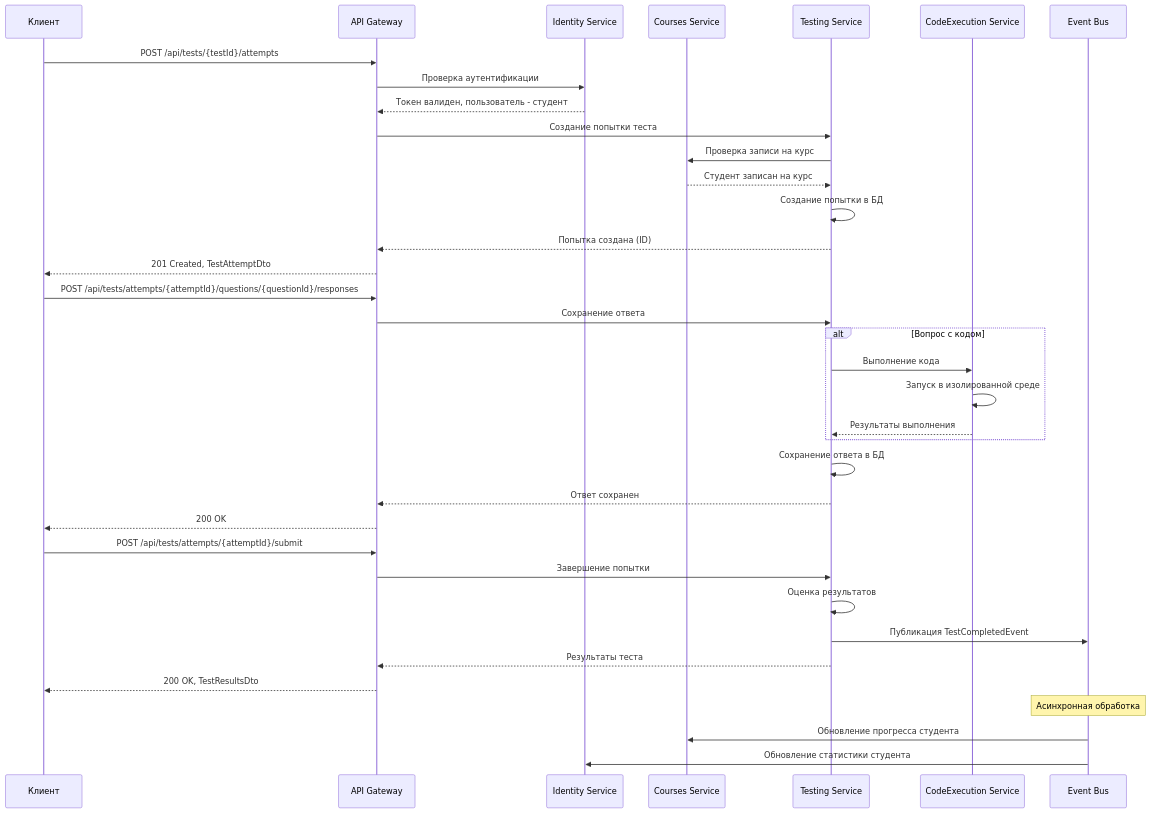
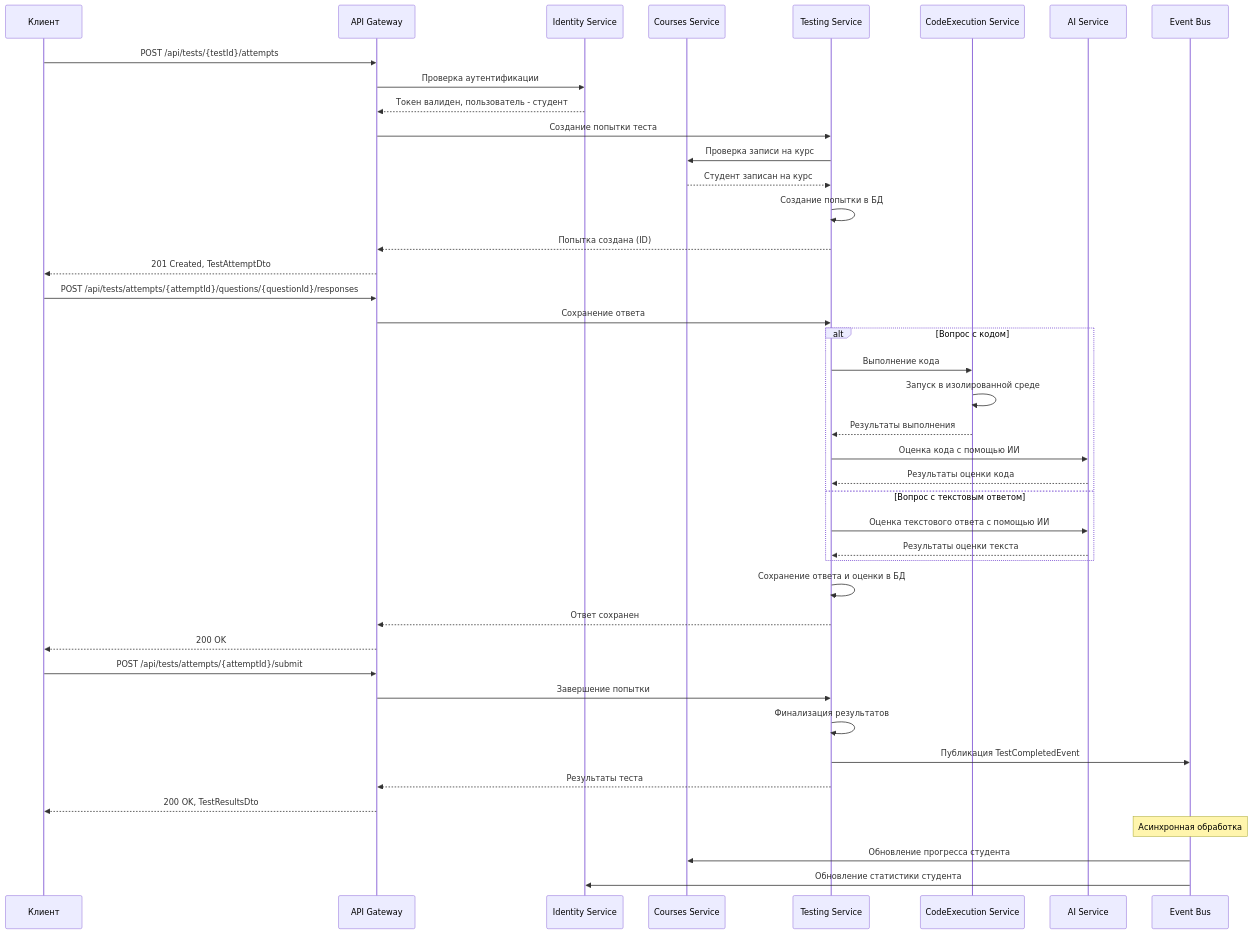
The third of 9 diagrams in docs/microservices_interaction.md (romzes200677/claude37), drawn with Mermaid before and after one commit. The commit also changed other lines of this file and 154 other files, not shown here.

````diff
--- a/docs/microservices_interaction.md
+++ b/docs/microservices_interaction.md
@@ -62,44 +62,50 @@
 ```mermaid
 sequenceDiagram
     participant Client as Клиент
     participant Gateway as API Gateway
     participant Identity as Identity Service
     participant Courses as Courses Service
     participant Testing as Testing Service
     participant CodeExec as CodeExecution Service
+    participant AiService as AI Service
     participant EventBus as Event Bus
     
     Client->>Gateway: POST /api/tests/{testId}/attempts
     Gateway->>Identity: Проверка аутентификации
     Identity-->>Gateway: Токен валиден, пользователь - студент
     Gateway->>Testing: Создание попытки теста
     Testing->>Courses: Проверка записи на курс
     Courses-->>Testing: Студент записан на курс
     Testing->>Testing: Создание попытки в БД
     Testing-->>Gateway: Попытка создана (ID)
     Gateway-->>Client: 201 Created, TestAttemptDto
     
     Client->>Gateway: POST /api/tests/attempts/{attemptId}/questions/{questionId}/responses
     Gateway->>Testing: Сохранение ответа
     
     alt Вопрос с кодом
         Testing->>CodeExec: Выполнение кода
         CodeExec->>CodeExec: Запуск в изолированной среде
         CodeExec-->>Testing: Результаты выполнения
+        Testing->>AiService: Оценка кода с помощью ИИ
+        AiService-->>Testing: Результаты оценки кода
+    else Вопрос с текстовым ответом
+        Testing->>AiService: Оценка текстового ответа с помощью ИИ
+        AiService-->>Testing: Результаты оценки текста
     end
     
-    Testing->>Testing: Сохранение ответа в БД
+    Testing->>Testing: Сохранение ответа и оценки в БД
     Testing-->>Gateway: Ответ сохранен
     Gateway-->>Client: 200 OK
     
     Client->>Gateway: POST /api/tests/attempts/{attemptId}/submit
     Gateway->>Testing: Завершение попытки
-    Testing->>Testing: Оценка результатов
+    Testing->>Testing: Финализация результатов
     Testing->>EventBus: Публикация TestCompletedEvent
     Testing-->>Gateway: Результаты теста
     Gateway-->>Client: 200 OK, TestResultsDto
     
     Note over EventBus: Асинхронная обработка
     EventBus->>Courses: Обновление прогресса студента
     EventBus->>Identity: Обновление статистики студента
 ```
````
